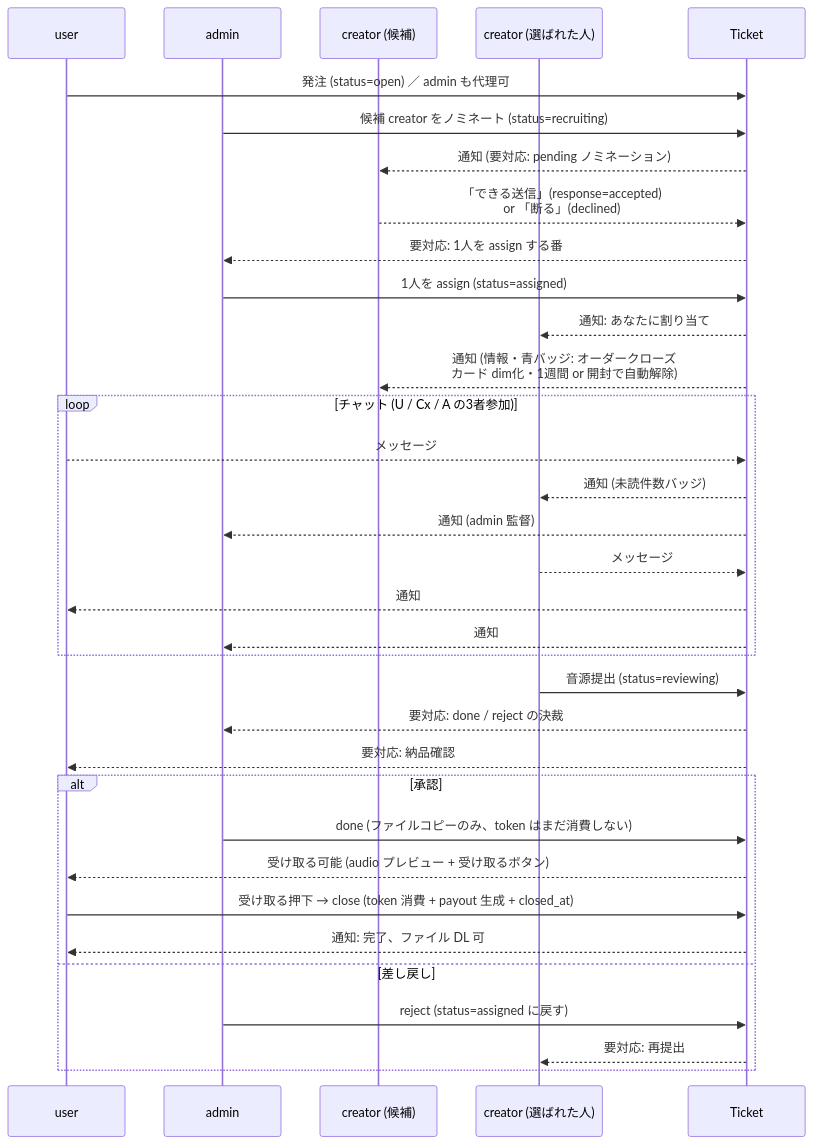
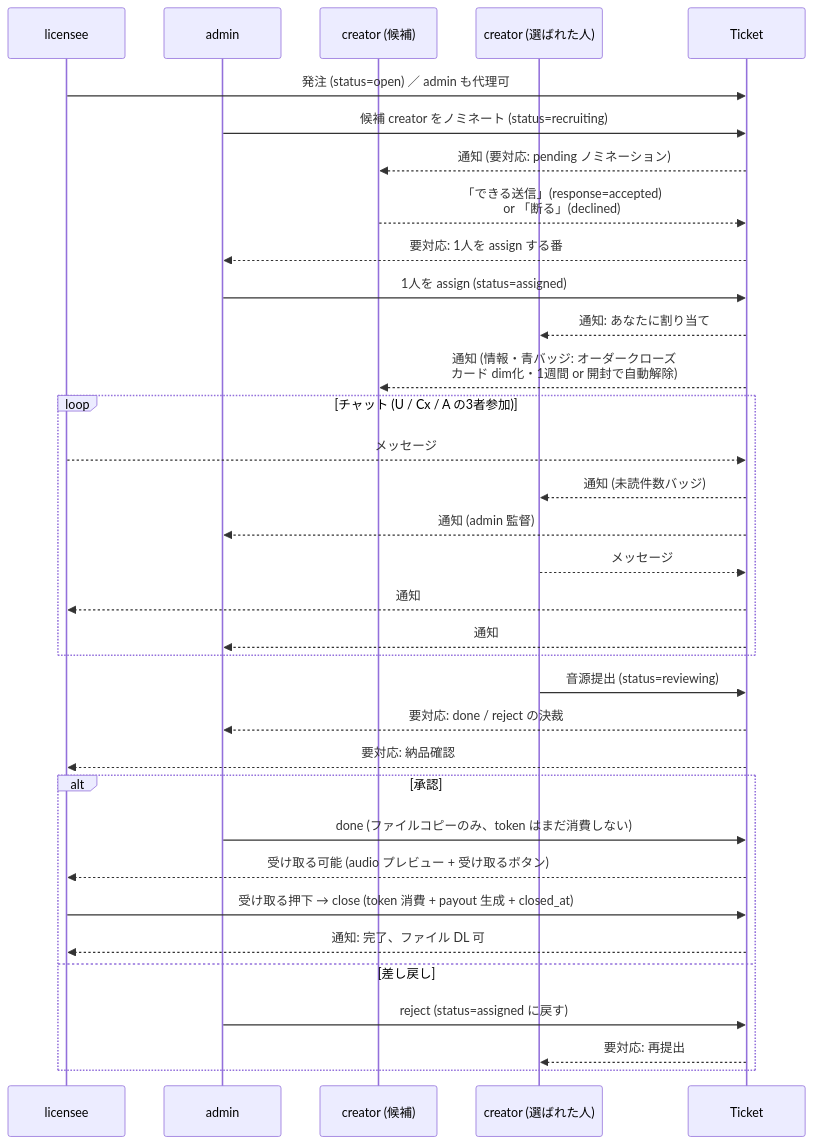
One commit to Sa-saT/AudioDataManagement changed the second of 2 diagrams in docs/ORDER_SPEC.md. Above: the diagram before and after it, drawn with Mermaid. The commit also changed other lines of this file and 24 other files, not shown here.

First line of the commit message:
refactor: ロール命名 user → licensee (.lic 仕様との一貫性)

````diff
--- a/docs/ORDER_SPEC.md
+++ b/docs/ORDER_SPEC.md
@@ -613,37 +613,37 @@
 ```mermaid
 sequenceDiagram
-    participant U as user
+    participant U as licensee
     participant A as admin
     participant C1 as creator (候補)
     participant Cx as creator (選ばれた人)
     participant T as Ticket
 
     U->>T: 発注 (status=open) ／ admin も代理可
     A->>T: 候補 creator をノミネート (status=recruiting)
     T-->>C1: 通知 (要対応: pending ノミネーション)
     C1-->>T: 「できる送信」(response=accepted)<br/>or 「断る」(declined)
     T-->>A: 要対応: 1人を assign する番
     A->>T: 1人を assign (status=assigned)
     T-->>Cx: 通知: あなたに割り当て
     T-->>C1: 通知 (情報・青バッジ: オーダークローズ<br/>カード dim化・1週間 or 開封で自動解除)
     loop チャット (U / Cx / A の3者参加)
         U-->>T: メッセージ
         T-->>Cx: 通知 (未読件数バッジ)
         T-->>A: 通知 (admin 監督)
         Cx-->>T: メッセージ
         T-->>U: 通知
         T-->>A: 通知
     end
     Cx->>T: 音源提出 (status=reviewing)
     T-->>A: 要対応: done / reject の決裁
     T-->>U: 要対応: 納品確認
     alt 承認
         A->>T: done (ファイルコピーのみ、token はまだ消費しない)
         T-->>U: 受け取る可能 (audio プレビュー + 受け取るボタン)
         U->>T: 受け取る押下 → close (token 消費 + payout 生成 + closed_at)
         T-->>U: 通知: 完了、ファイル DL 可
     else 差し戻し
         A->>T: reject (status=assigned に戻す)
         T-->>Cx: 要対応: 再提出
     end
 ```
````
